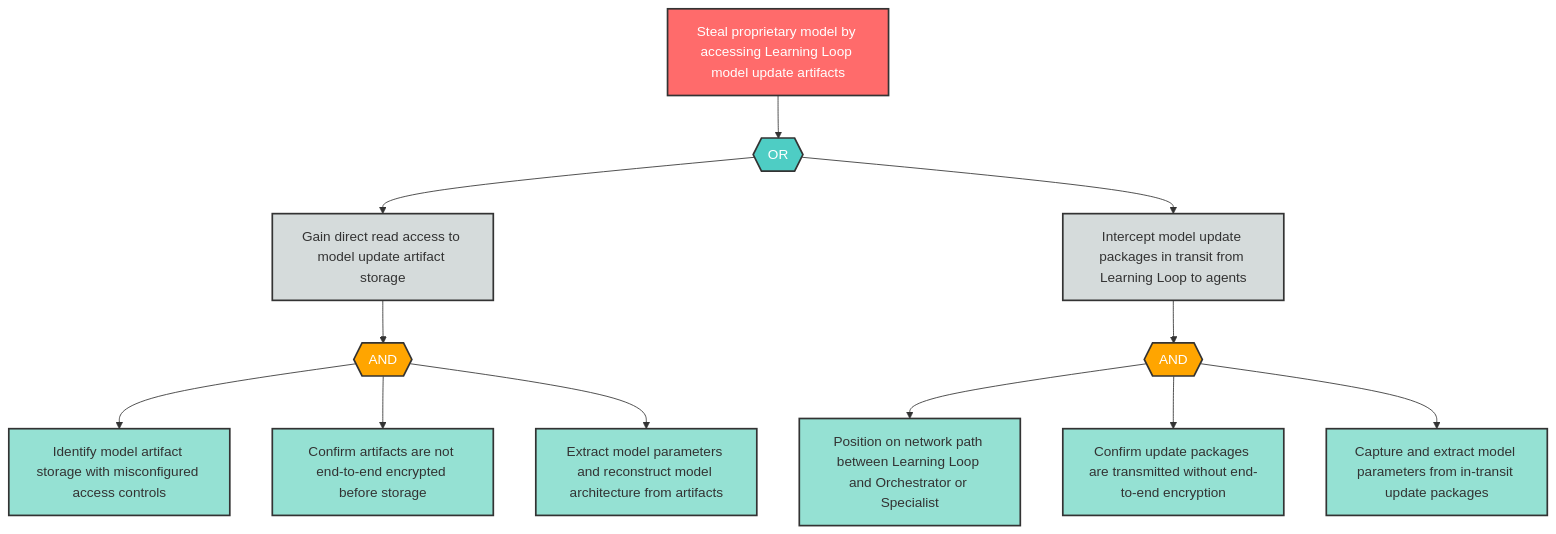
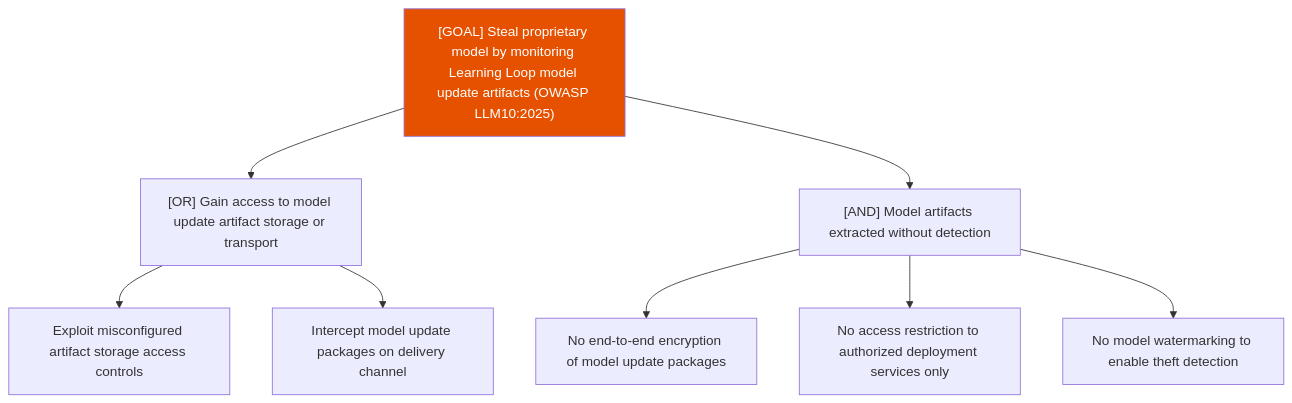
One commit to q-qp-p/davidmatousek-tachi changed the diagram in examples/agentic-app/sample-report/attack-trees/llm-12-attack-tree.md. Above: the diagram before and after it, drawn with Mermaid. The commit also changed other lines of this file and 132 other files, not shown here.

````diff
--- a/examples/agentic-app/sample-report/attack-trees/llm-12-attack-tree.md
+++ b/examples/agentic-app/sample-report/attack-trees/llm-12-attack-tree.md
@@ -8,39 +7,13 @@
 ```mermaid
-flowchart TD
-    LLM12_root["Steal proprietary model by accessing Learning Loop model update artifacts"]
-    LLM12_or1{{"OR"}}
-    LLM12_sub1["Gain direct read access to model update artifact storage"]
-    LLM12_sub2["Intercept model update packages in transit from Learning Loop to agents"]
-    LLM12_and1{{"AND"}}
-    LLM12_leaf1["Identify model artifact storage with misconfigured access controls"]
-    LLM12_leaf2["Confirm artifacts are not end-to-end encrypted before storage"]
-    LLM12_leaf3["Extract model parameters and reconstruct model architecture from artifacts"]
-    LLM12_and2{{"AND"}}
-    LLM12_leaf4["Position on network path between Learning Loop and Orchestrator or Specialist"]
-    LLM12_leaf5["Confirm update packages are transmitted without end-to-end encryption"]
-    LLM12_leaf6["Capture and extract model parameters from in-transit update packages"]
-
-    LLM12_root --> LLM12_or1
-    LLM12_or1 --> LLM12_sub1
-    LLM12_or1 --> LLM12_sub2
-    LLM12_sub1 --> LLM12_and1
-    LLM12_and1 --> LLM12_leaf1
-    LLM12_and1 --> LLM12_leaf2
-    LLM12_and1 --> LLM12_leaf3
-    LLM12_sub2 --> LLM12_and2
-    LLM12_and2 --> LLM12_leaf4
-    LLM12_and2 --> LLM12_leaf5
-    LLM12_and2 --> LLM12_leaf6
-
-    classDef goal fill:#ff6b6b,stroke:#333,stroke-width:2px,color:#fff
-    classDef andGate fill:#ffa500,stroke:#333,stroke-width:2px,color:#fff
-    classDef orGate fill:#4ecdc4,stroke:#333,stroke-width:2px,color:#fff
-    classDef subGoal fill:#d5dbdb,stroke:#333,stroke-width:2px,color:#333
-    classDef leaf fill:#95e1d3,stroke:#333,stroke-width:2px,color:#333
-
-    class LLM12_root goal
-    class LLM12_or1 orGate
-    class LLM12_and1,LLM12_and2 andGate
-    class LLM12_sub1,LLM12_sub2 subGoal
-    class LLM12_leaf1,LLM12_leaf2,LLM12_leaf3,LLM12_leaf4,LLM12_leaf5,LLM12_leaf6 leaf
+graph TD
+    Goal["[GOAL] Steal proprietary model by monitoring Learning Loop model update artifacts (OWASP LLM10:2025)"]
+    Goal --> A["[OR] Gain access to model update artifact storage or transport"]
+    A --> A1["Exploit misconfigured artifact storage access controls"]
+    A --> A2["Intercept model update packages on delivery channel"]
+    Goal --> B["[AND] Model artifacts extracted without detection"]
+    B --> B1["No end-to-end encryption of model update packages"]
+    B --> B2["No access restriction to authorized deployment services only"]
+    B --> B3["No model watermarking to enable theft detection"]
+    classDef high fill:#e65100,color:#fff
+    class Goal high
 ```
````
